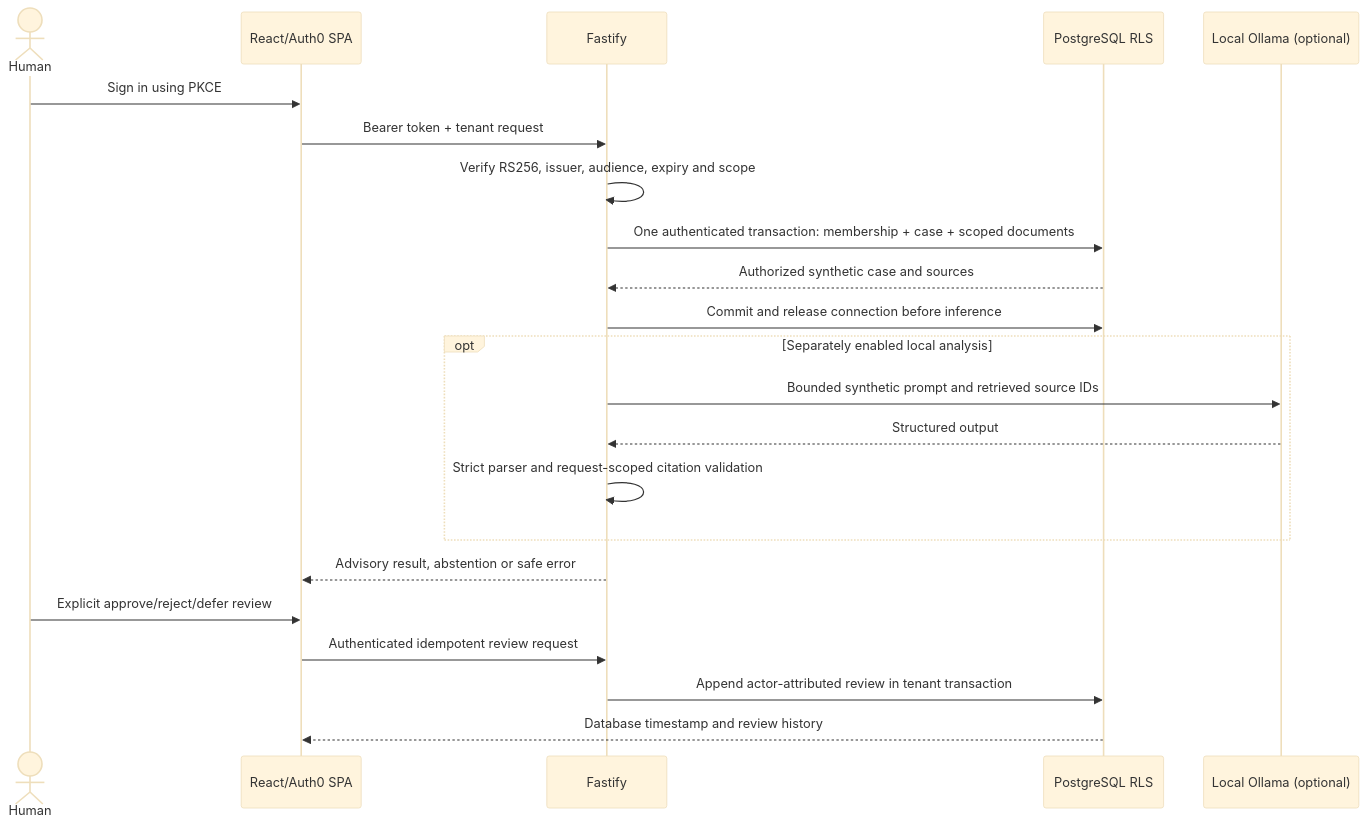
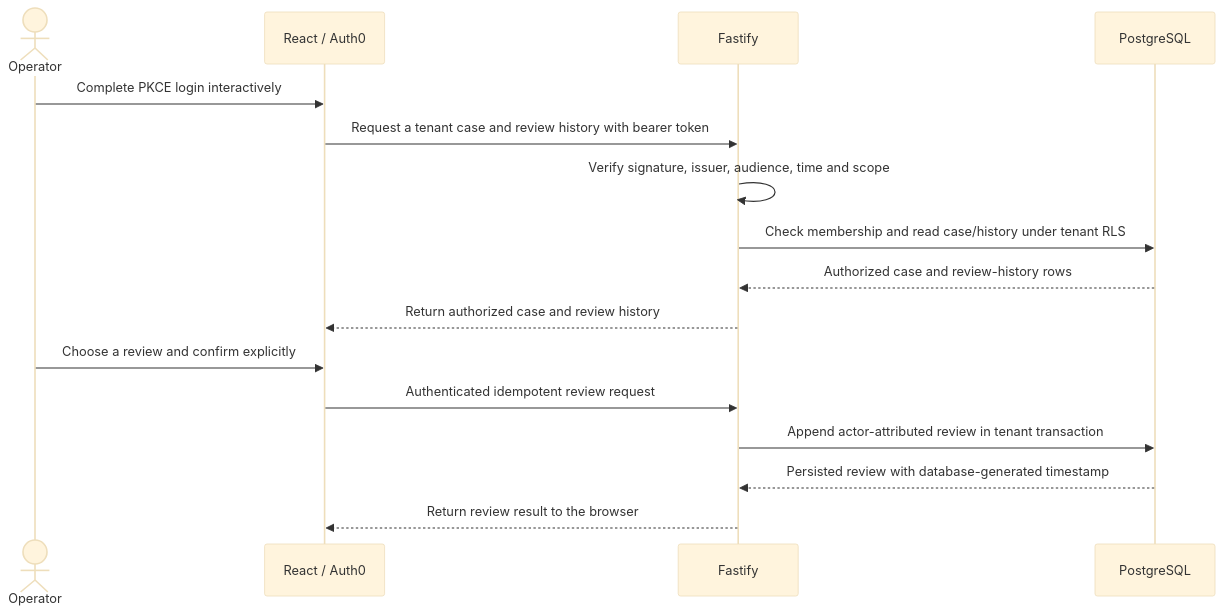
Before and after one commit to AnkurSingh16/aegis-ai-architect-portfolio: the second of 2 diagrams in docs/PORTFOLIO-CASE-STUDY.md, drawn with Mermaid (base theme). The commit also changed other lines of this file and 3 other files, not shown here.

````diff
--- a/docs/PORTFOLIO-CASE-STUDY.md
+++ b/docs/PORTFOLIO-CASE-STUDY.md
@@ -38,24 +32,18 @@
 ```mermaid
 sequenceDiagram
-  actor Human
-  participant SPA as React/Auth0 SPA
+  actor Operator
+  participant SPA as React / Auth0
   participant API as Fastify
-  participant DB as PostgreSQL RLS
-  participant Model as Local Ollama (optional)
-  Human->>SPA: Sign in using PKCE
-  SPA->>API: Bearer token + tenant request
-  API->>API: Verify RS256, issuer, audience, expiry and scope
-  API->>DB: One authenticated transaction: membership + case + scoped documents
-  DB-->>API: Authorized synthetic case and sources
-  API->>DB: Commit and release connection before inference
-  opt Separately enabled local analysis
-    API->>Model: Bounded synthetic prompt and retrieved source IDs
-    Model-->>API: Structured output
-    API->>API: Strict parser and request-scoped citation validation
-  end
-  API-->>SPA: Advisory result, abstention or safe error
-  Human->>SPA: Explicit approve/reject/defer review
+  participant DB as PostgreSQL
+  Operator->>SPA: Complete PKCE login interactively
+  SPA->>API: Request a tenant case and review history with bearer token
+  API->>API: Verify signature, issuer, audience, time and scope
+  API->>DB: Check membership and read case/history under tenant RLS
+  DB-->>API: Authorized case and review-history rows
+  API-->>SPA: Return authorized case and review history
+  Operator->>SPA: Choose a review and confirm explicitly
   SPA->>API: Authenticated idempotent review request
   API->>DB: Append actor-attributed review in tenant transaction
-  DB-->>SPA: Database timestamp and review history
+  DB-->>API: Persisted review with database-generated timestamp
+  API-->>SPA: Return review result to the browser
 ```
````
